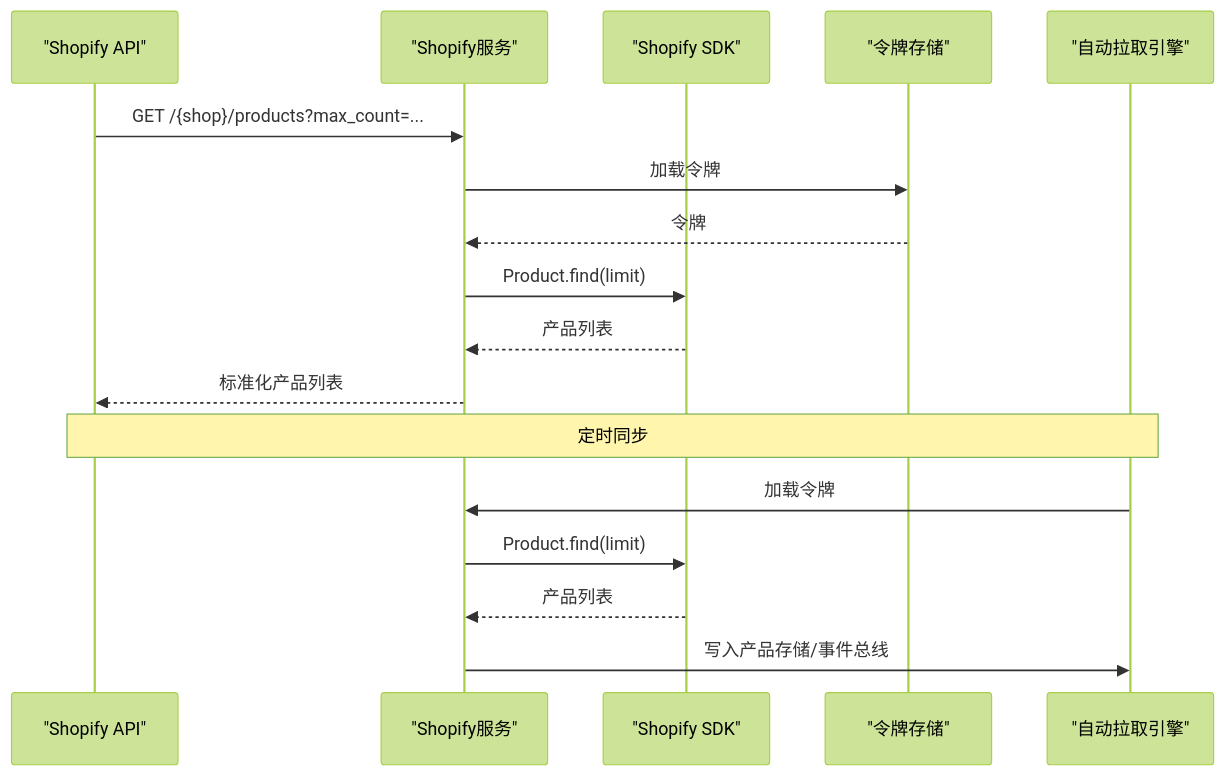
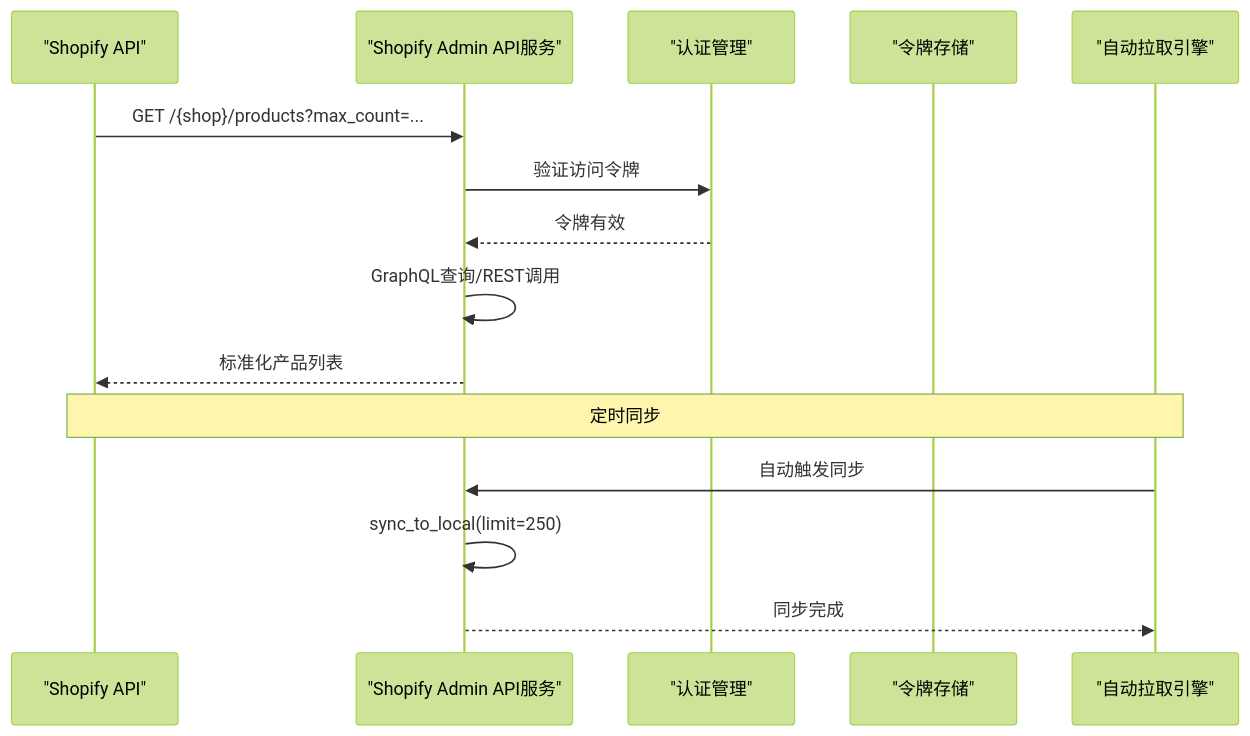
Before and after one commit to angledick/-: the fourth of 7 diagrams in .qoder/repowiki/zh/content/集成与扩展/Shopify集成.md, drawn with Mermaid (forest theme). The commit also changed other lines of this file and 313 other files, not shown here.

````diff
--- a/.qoder/repowiki/zh/content/集成与扩展/Shopify集成.md
+++ b/.qoder/repowiki/zh/content/集成与扩展/Shopify集成.md
@@ -197,19 +204,17 @@
 ```mermaid
 sequenceDiagram
 participant API as "Shopify API"
-participant SVC as "Shopify服务"
-participant SDK as "Shopify SDK"
+participant API_SVC as "Shopify Admin API服务"
+participant AUTH as "认证管理"
 participant TOK as "令牌存储"
 participant ENG as "自动拉取引擎"
-API->>SVC : GET /{shop}/products?max_count=...
-SVC->>TOK : 加载令牌
-TOK-->>SVC : 令牌
-SVC->>SDK : Product.find(limit)
-SDK-->>SVC : 产品列表
-SVC-->>API : 标准化产品列表
+API->>API_SVC : GET /{shop}/products?max_count=...
+API_SVC->>AUTH : 验证访问令牌
+AUTH-->>API_SVC : 令牌有效
+API_SVC->>API_SVC : GraphQL查询/REST调用
+API_SVC-->>API : 标准化产品列表
 Note over ENG,API : 定时同步
-ENG->>SVC : 加载令牌
-SVC->>SDK : Product.find(limit)
-SDK-->>SVC : 产品列表
-SVC->>ENG : 写入产品存储/事件总线
+ENG->>API_SVC : 自动触发同步
+API_SVC->>API_SVC : sync_to_local(limit=250)
+API_SVC-->>ENG : 同步完成
 ```
````
